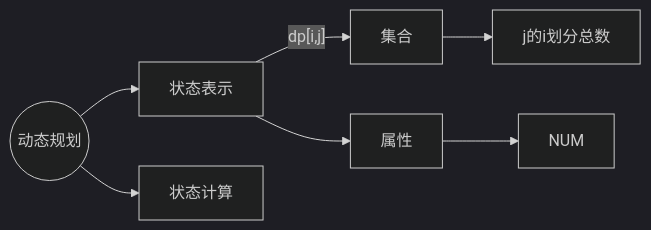
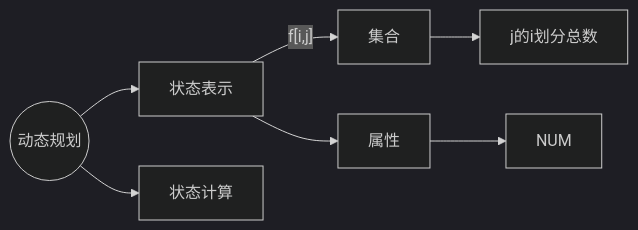
One commit to DaphneOdera17/notes changed the first of 2 diagrams in Algorithm/动态规划/计数类DP.md. Above: the diagram before and after it, drawn with Mermaid (dark theme). The commit also changed other lines of this file and 82 other files, not shown here.

````diff
--- a/Algorithm/动态规划/计数类DP.md
+++ b/Algorithm/动态规划/计数类DP.md
@@ -5,6 +5,6 @@
 ```mermaid
  graph LR;
- 	id1((动态规划)) --> 状态表示 --dp[i,j] --> 集合 --> j的i划分总数
+ 	id1((动态规划)) --> 状态表示 --f[i,j] --> 集合 --> j的i划分总数
     状态表示 --> 属性 --> NUM
     id1((动态规划)) --> 状态计算
 ```
````
